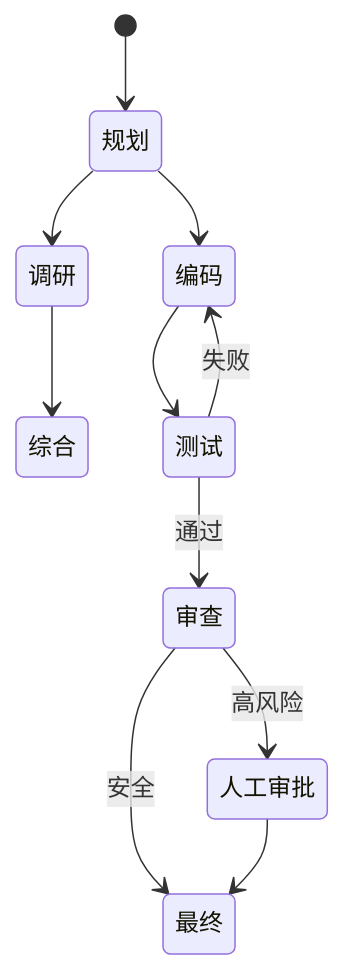
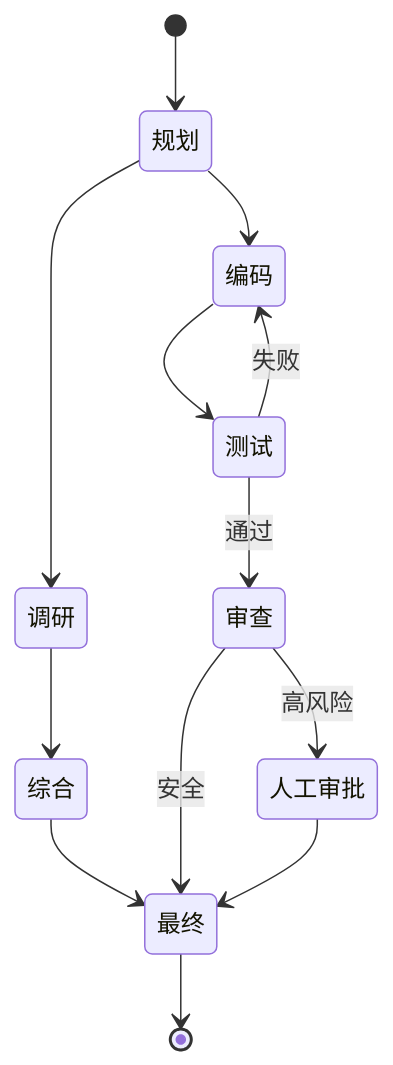
The diagram in content/wiki/patterns/graph-workflow.md (riba2534/multi-agent-wiki-cn), drawn with Mermaid before and after one commit. The commit also changed other lines of this file and 41 other files, not shown here.

First line of the commit message:
docs: 全面质量改进 - 术语统一、Mermaid规范化、间距修复

````diff
--- a/content/wiki/patterns/graph-workflow.md
+++ b/content/wiki/patterns/graph-workflow.md
@@ -16,13 +16,15 @@
 ```mermaid
 stateDiagram-v2
   [*] --> 规划
   规划 --> 调研
   规划 --> 编码
   调研 --> 综合
+  综合 --> 最终
   编码 --> 测试
   测试 --> 编码: 失败
   测试 --> 审查: 通过
   审查 --> 人工审批: 高风险
   审查 --> 最终: 安全
   人工审批 --> 最终
+  最终 --> [*]
 ```
````
